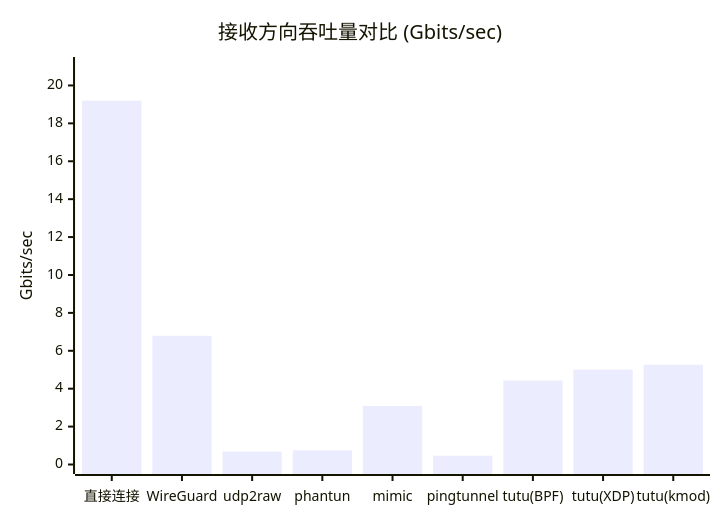
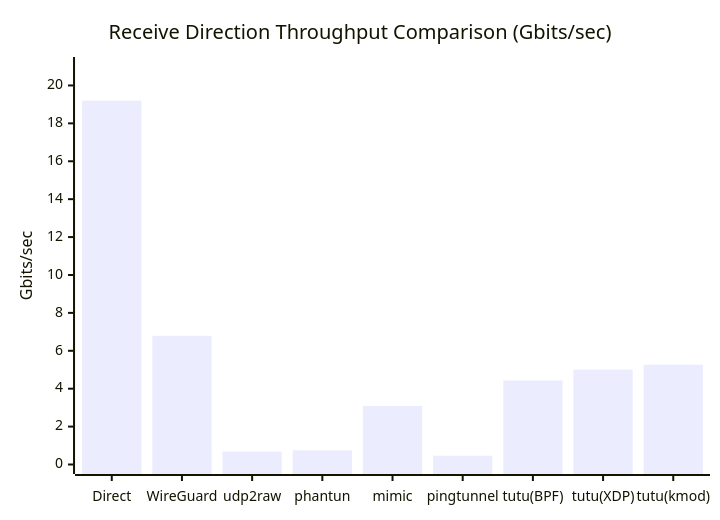
The third of 3 diagrams in docs/benchmark.md (hrimfaxi/tutuicmptunnel), drawn with Mermaid before and after one commit. The commit also changed other lines of this file and 16 other files, not shown here.

First line of the commit message:
docs: 从 tutuicmptunnel-kmod dev 分支搬运文档并适配 BPF 版本

````diff
--- a/docs/benchmark.md
+++ b/docs/benchmark.md
@@ -56,7 +60,7 @@
 ```mermaid
 xychart-beta
-    title "接收方向吞吐量对比 (Gbits/sec)"
-    x-axis ["直接连接", "WireGuard", "udp2raw", "phantun", "mimic", "pingtunnel", "tutu(BPF)", "tutu(XDP)", "tutu(kmod)"]
+    title "Receive Direction Throughput Comparison (Gbits/sec)"
+    x-axis ["Direct", "WireGuard", "udp2raw", "phantun", "mimic", "pingtunnel", "tutu(BPF)", "tutu(XDP)", "tutu(kmod)"]
     y-axis "Gbits/sec" 0 --> 21
     bar [19.2, 6.79, 0.684, 0.746, 3.09, 0.46, 4.43, 5.01, 5.27]
 ```
````
